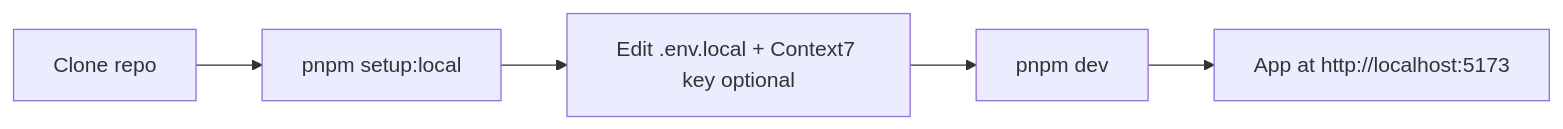
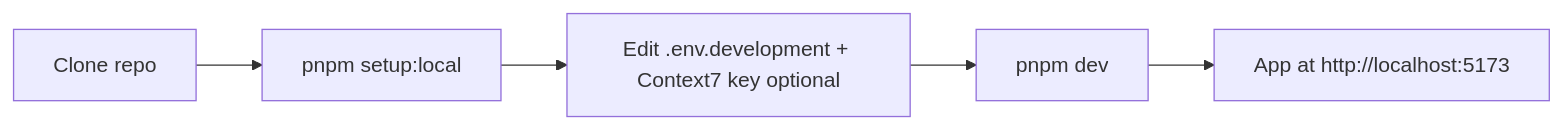
One commit to nikunjmavani/core-fe changed the diagram in docs/getting-started/setup.md. Above: the diagram before and after it, drawn with Mermaid. The commit also changed other lines of this file and 71 other files, not shown here.

````diff
--- a/docs/getting-started/setup.md
+++ b/docs/getting-started/setup.md
@@ -5,7 +5,7 @@
 ```mermaid
 flowchart LR
   A[Clone repo] --> B[pnpm setup:local]
-  B --> C[Edit .env.local + Context7 key optional]
+  B --> C[Edit .env.development + Context7 key optional]
   C --> D[pnpm dev]
   D --> E["App at http://localhost:5173"]
 ```
````
